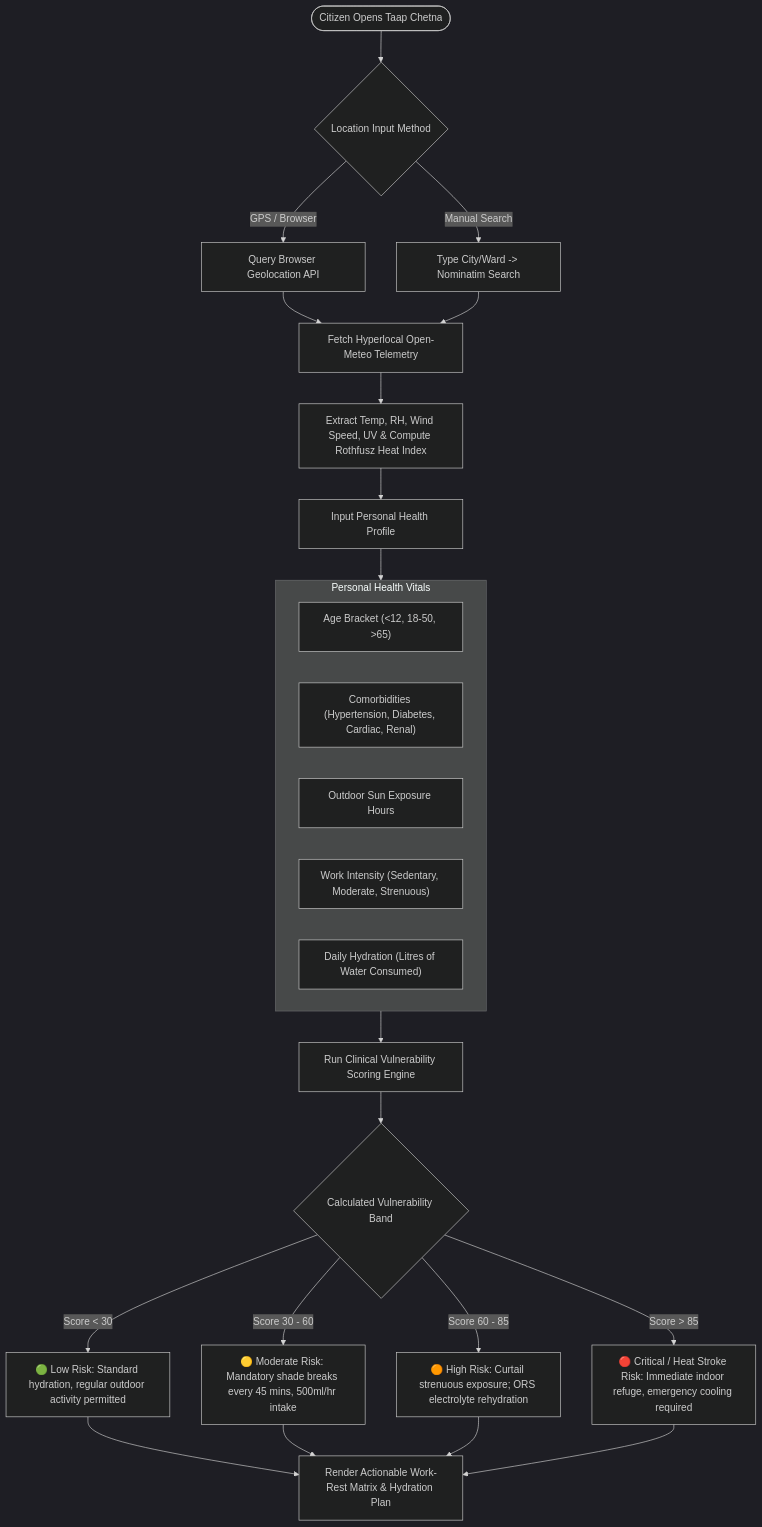
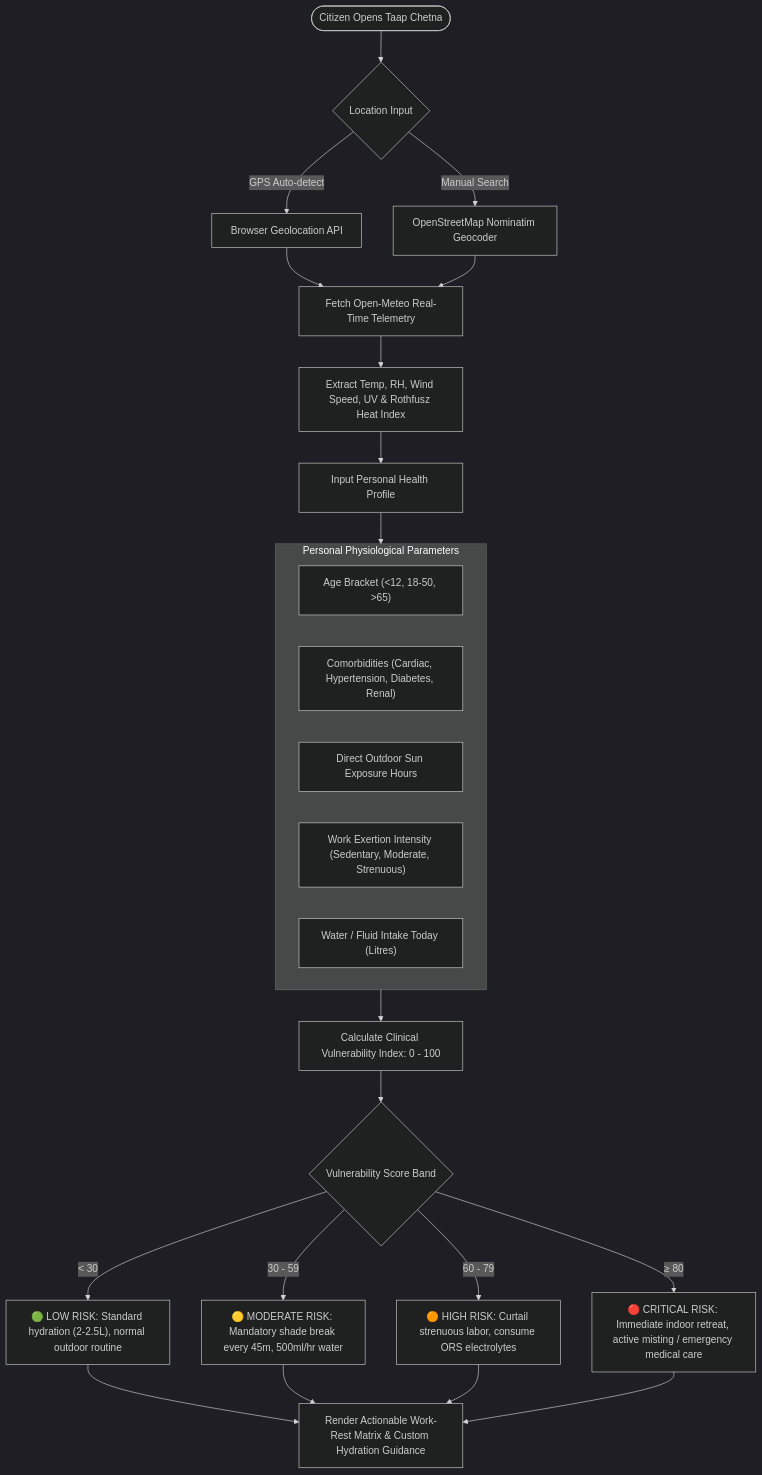
The second of 4 diagrams in README.md (Aadityasingh0709/taap-chetna), drawn with Mermaid (dark theme) before and after one commit. The commit also changed other lines of this file, not shown here.

Commit message:
docs: overhaul README with submission-ready architecture, ML audit, RBAC matrix, and API reference

````diff
--- a/README.md
+++ b/README.md
@@ -168,35 +219,34 @@
 ```mermaid
 flowchart TD
-    Start([Citizen Opens Taap Chetna]) --> LocChoice{Location Input Method}
+    Start([Citizen Opens Taap Chetna]) --> LocChoice{Location Input}
+    LocChoice -- "GPS Auto-detect" --> GPS[Browser Geolocation API]
+    LocChoice -- "Manual Search" --> OSM[OpenStreetMap Nominatim Geocoder]
 
-    LocChoice -- "GPS / Browser" --> GPSDetect[Query Browser Geolocation API]
-    LocChoice -- "Manual Search" --> OSMQuery[Type City/Ward -> Nominatim Search]
+    GPS --> FetchWeather[Fetch Open-Meteo Real-Time Telemetry]
+    OSM --> FetchWeather
 
-    GPSDetect --> FetchWeather[Fetch Hyperlocal Open-Meteo Telemetry]
-    OSMQuery --> FetchWeather
+    FetchWeather --> ExtractEnv[Extract Temp, RH, Wind Speed, UV & Rothfusz Heat Index]
 
-    FetchWeather --> ExtractEnv[Extract Temp, RH, Wind Speed, UV & Compute Rothfusz Heat Index]
-
-    ExtractEnv --> InputPhysio[Input Personal Health Profile]
-    subgraph PhysiologicalParameters ["Personal Health Vitals"]
-        P1["Age Bracket (<12, 18-50, >65)"]
-        P2["Comorbidities (Hypertension, Diabetes, Cardiac, Renal)"]
-        P3["Outdoor Sun Exposure Hours"]
-        P4["Work Intensity (Sedentary, Moderate, Strenuous)"]
-        P5["Daily Hydration (Litres of Water Consumed)"]
+    ExtractEnv --> InputVitals[Input Personal Health Profile]
+    subgraph VitalsParameters ["Personal Physiological Parameters"]
+        V1["Age Bracket (<12, 18-50, >65)"]
+        V2["Comorbidities (Cardiac, Hypertension, Diabetes, Renal)"]
+        V3["Direct Outdoor Sun Exposure Hours"]
+        V4["Work Exertion Intensity (Sedentary, Moderate, Strenuous)"]
+        V5["Water / Fluid Intake Today (Litres)"]
     end
 
-    InputPhysio --> PhysiologicalParameters
-    PhysiologicalParameters --> ComputeRisk[Run Clinical Vulnerability Scoring Engine]
+    InputVitals --> VitalsParameters
+    VitalsParameters --> CalcEngine[Calculate Clinical Vulnerability Index: 0 - 100]
 
-    ComputeRisk --> RiskBand{Calculated Vulnerability Band}
-    RiskBand -- "Score < 30" --> LowRisk["🟢 Low Risk: Standard hydration, regular outdoor activity permitted"]
-    RiskBand -- "Score 30 - 60" --> ModRisk["🟡 Moderate Risk: Mandatory shade breaks every 45 mins, 500ml/hr intake"]
-    RiskBand -- "Score 60 - 85" --> HighRisk["🟠 High Risk: Curtail strenuous exposure; ORS electrolyte rehydration"]
-    RiskBand -- "Score > 85" --> ExtremeRisk["🔴 Critical / Heat Stroke Risk: Immediate indoor refuge, emergency cooling required"]
+    CalcEngine --> RiskBand{Vulnerability Score Band}
+    RiskBand -- "< 30" --> Low["🟢 LOW RISK: Standard hydration (2-2.5L), normal outdoor routine"]
+    RiskBand -- "30 - 59" --> Moderate["🟡 MODERATE RISK: Mandatory shade break every 45m, 500ml/hr water"]
+    RiskBand -- "60 - 79" --> High["🟠 HIGH RISK: Curtail strenuous labor, consume ORS electrolytes"]
+    RiskBand -- "≥ 80" --> Critical["🔴 CRITICAL RISK: Immediate indoor retreat, active misting / emergency medical care"]
 
-    LowRisk --> GenAdvice[Render Actionable Work-Rest Matrix & Hydration Plan]
-    ModRisk --> GenAdvice
-    HighRisk --> GenAdvice
-    ExtremeRisk --> GenAdvice
+    Low --> ActionPlan[Render Actionable Work-Rest Matrix & Custom Hydration Guidance]
+    Moderate --> ActionPlan
+    High --> ActionPlan
+    Critical --> ActionPlan
 ```
````
